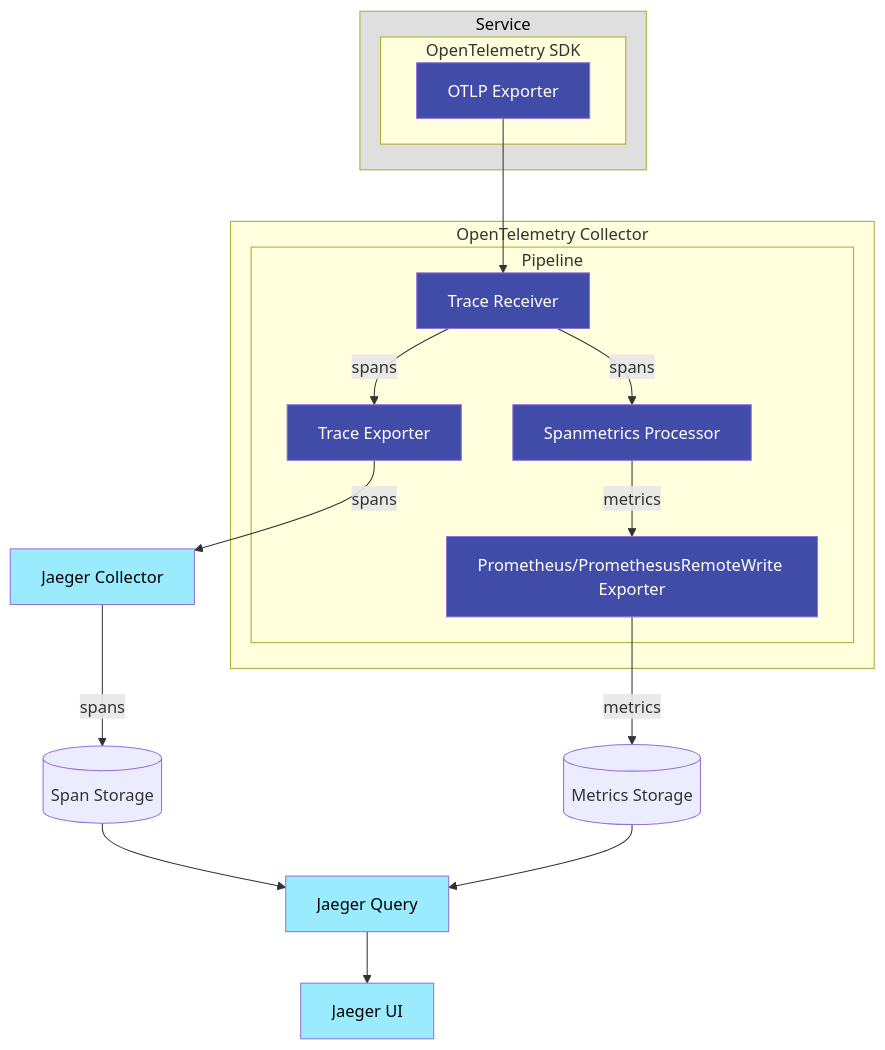
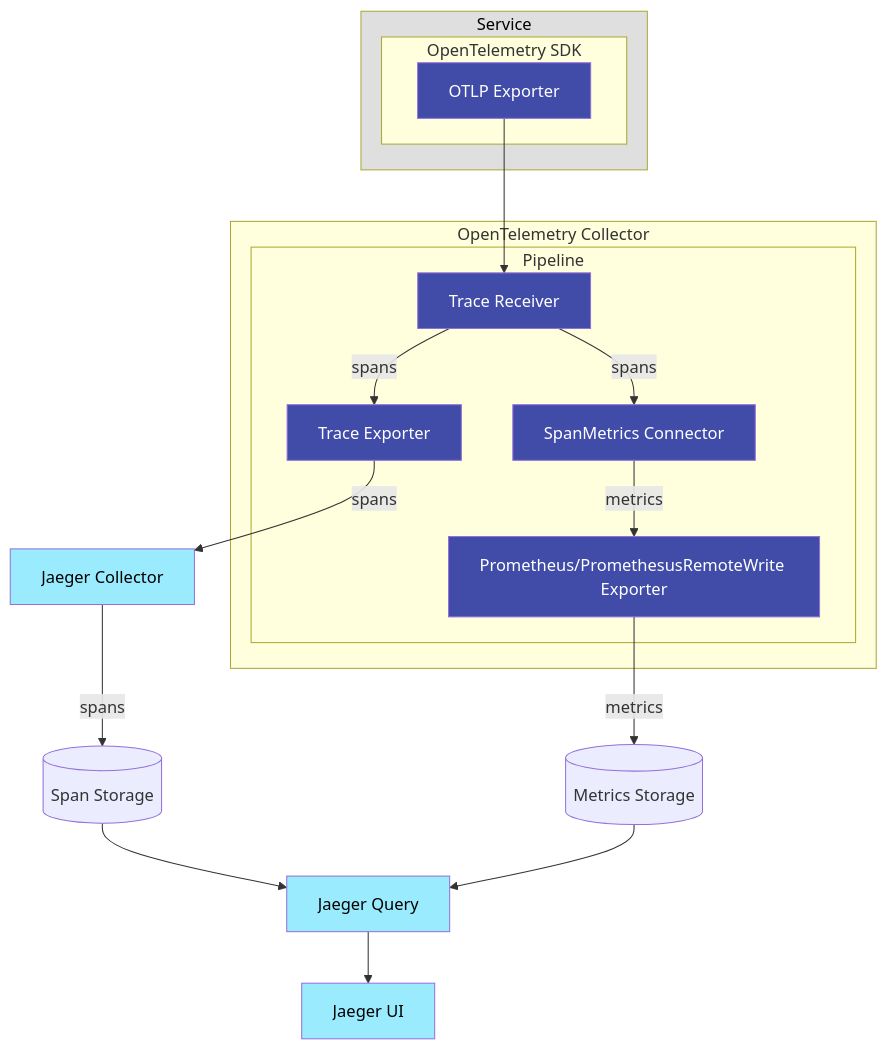
One commit to jaegertracing/documentation changed the diagram in content/docs/next-release/spm.md. Above: the diagram before and after it, drawn with Mermaid. The commit also changed other lines of this file, not shown here.

Commit message:
Update spm docs to refer to connector

```diff
--- a/content/docs/next-release/spm.md
+++ b/content/docs/next-release/spm.md
@@ -70,42 +80,42 @@
 {{<mermaid align="center">}}
 graph
     OTLP_EXPORTER[OTLP Exporter] --> TRACE_RECEIVER
 
     subgraph Service
         subgraph OpenTelemetry SDK
             OTLP_EXPORTER
         end
     end
 
-    TRACE_RECEIVER[Trace Receiver] --> |spans| SPANMETRICS_PROC[Spanmetrics Processor]
+    TRACE_RECEIVER[Trace Receiver] --> |spans| SPANMETRICS_CONN[SpanMetrics Connector]
     TRACE_RECEIVER --> |spans| TRACE_EXPORTER[Trace Exporter]
     TRACE_EXPORTER --> |spans| COLLECTOR[Jaeger Collector]
-    SPANMETRICS_PROC --> |metrics| PROMETHEUS_EXPORTER[Prometheus/PromethesusRemoteWrite Exporter]
+    SPANMETRICS_CONN --> |metrics| PROMETHEUS_EXPORTER[Prometheus/PromethesusRemoteWrite Exporter]
     PROMETHEUS_EXPORTER --> |metrics| METRICS_STORE[(Metrics Storage)]
 
     COLLECTOR --> |spans| SPAN_STORE[(Span Storage)]
     SPAN_STORE --> QUERY[Jaeger Query]
     METRICS_STORE --> QUERY
     QUERY --> UI[Jaeger UI]
 
     subgraph OpenTelemetry Collector
         subgraph Pipeline
             TRACE_RECEIVER
-            SPANMETRICS_PROC
+            SPANMETRICS_CONN
             TRACE_EXPORTER
             PROMETHEUS_EXPORTER
         end
     end
 
     style Service fill:#DFDFDF,color:black
 
     style OTLP_EXPORTER fill:#404CA8,color:white
     style TRACE_RECEIVER fill:#404CA8,color:white
     style TRACE_EXPORTER fill:#404CA8,color:white
-    style SPANMETRICS_PROC fill:#404CA8,color:white
+    style SPANMETRICS_CONN fill:#404CA8,color:white
     style PROMETHEUS_EXPORTER fill:#404CA8,color:white
 
     style UI fill:#9AEBFE,color:black
     style QUERY fill:#9AEBFE,color:black
     style COLLECTOR fill:#9AEBFE,color:black
 {{< /mermaid >}}
```
